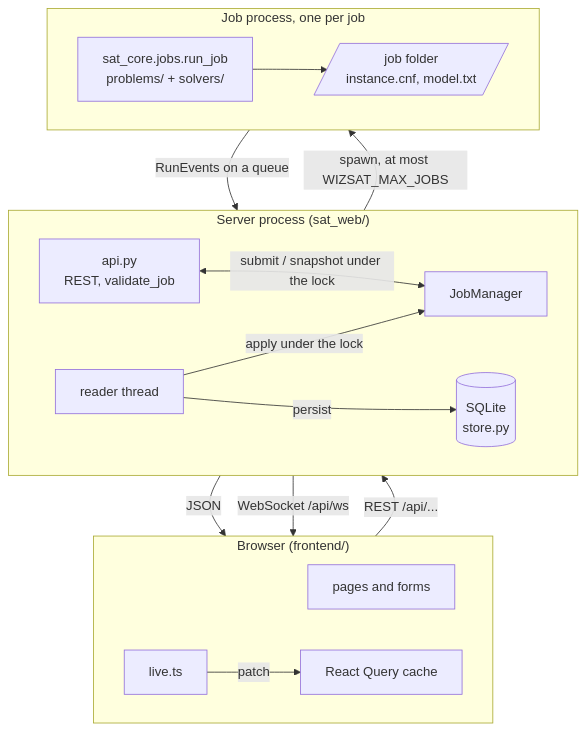
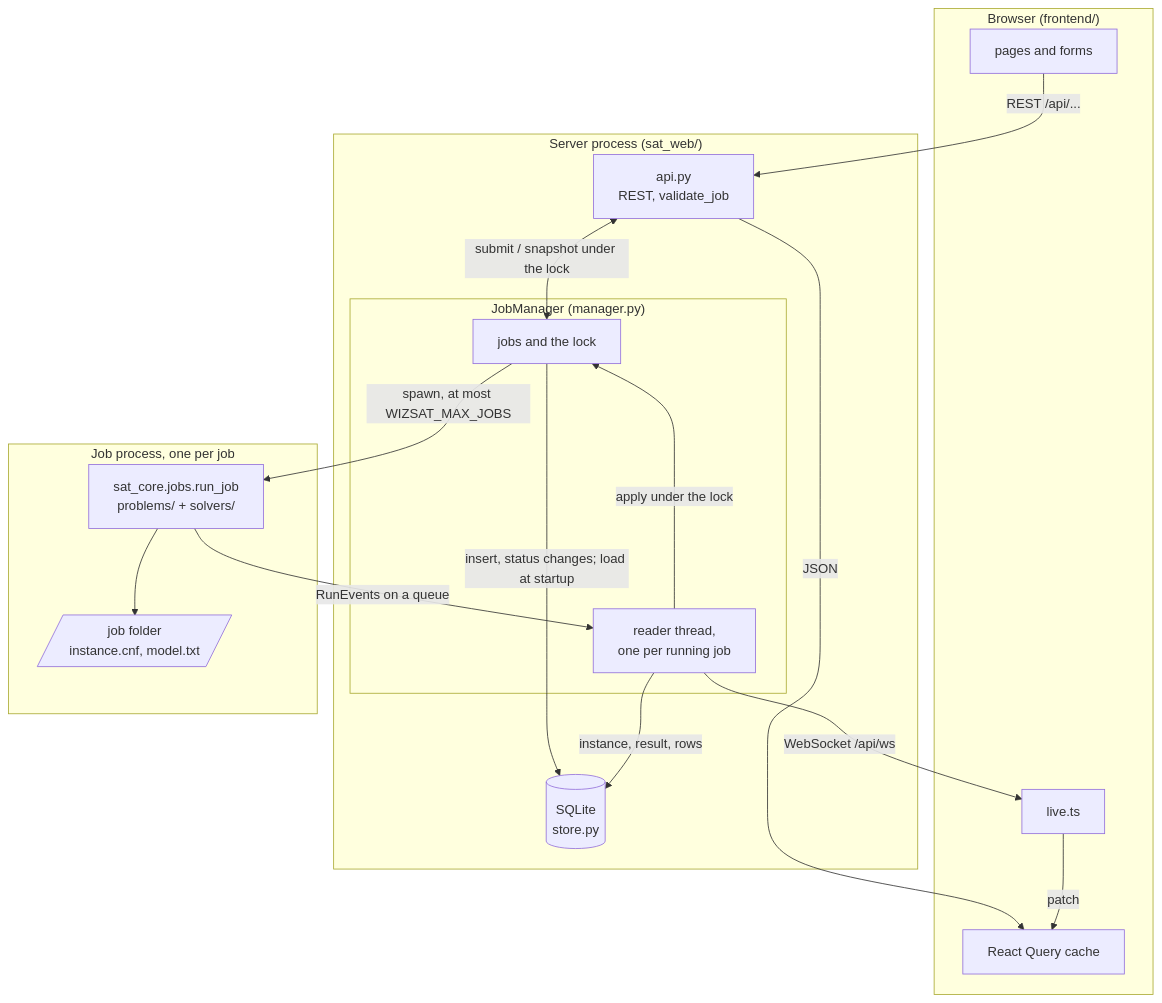
One commit to Aziyck/SATsolver changed the first of 8 diagrams in docs/guide/architecture.md. Above: the diagram before and after it, drawn with Mermaid. The commit also changed other lines of this file and 2 other files, not shown here.

First line of the commit message:
docs: rewrite the architecture guide as an explanation

````diff
--- a/docs/guide/architecture.md
+++ b/docs/guide/architecture.md
@@ -7,34 +26,34 @@
 ```mermaid
 flowchart TB
     subgraph browser["Browser (frontend/)"]
-        direction LR
         pages["pages and forms"]
         cache["React Query cache"]
         live["live.ts"]
     end
 
     subgraph server["Server process (sat_web/)"]
-        direction LR
         api["api.py<br/>REST, validate_job"]
-        manager["JobManager"]
-        reader["reader thread"]
+        subgraph manager["JobManager (manager.py)"]
+            state["jobs and the lock"]
+            reader["reader thread,<br/>one per running job"]
+        end
         db[("SQLite<br/>store.py")]
     end
 
     subgraph job["Job process, one per job"]
-        direction LR
         worker["sat_core.jobs.run_job<br/>problems/ + solvers/"]
         folder[/"job folder<br/>instance.cnf, model.txt"/]
     end
 
     pages -- "REST /api/..." --> api
     api -- "JSON" --> cache
-    api <-- "submit / snapshot under the lock" --> manager
-    manager -- "spawn, at most WIZSAT_MAX_JOBS" --> worker
+    api <-- "submit / snapshot under the lock" --> state
+    state -- "spawn, at most WIZSAT_MAX_JOBS" --> worker
+    state -- "insert, status changes; load at startup" --> db
     worker -- "RunEvents on a queue" --> reader
     worker --> folder
-    reader -- "apply under the lock" --> manager
-    reader -- "persist" --> db
+    reader -- "apply under the lock" --> state
+    reader -- "instance, result, rows" --> db
     reader -- "WebSocket /api/ws" --> live
     live -- "patch" --> cache
 ```
````
